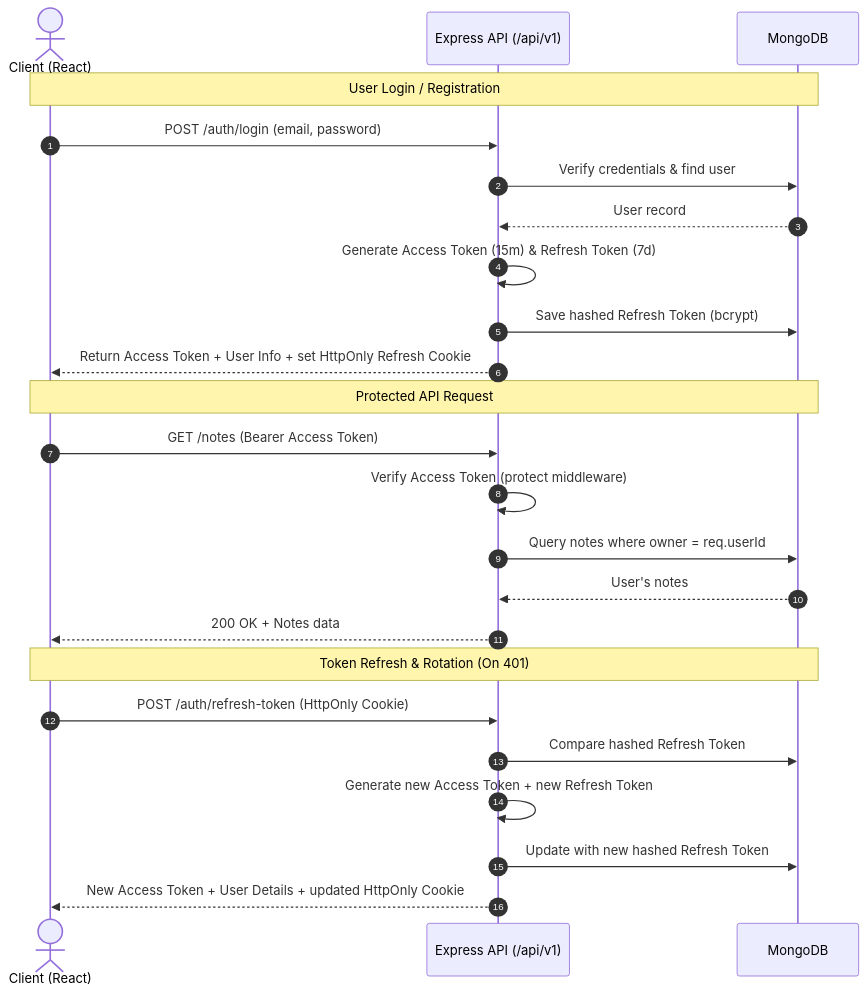
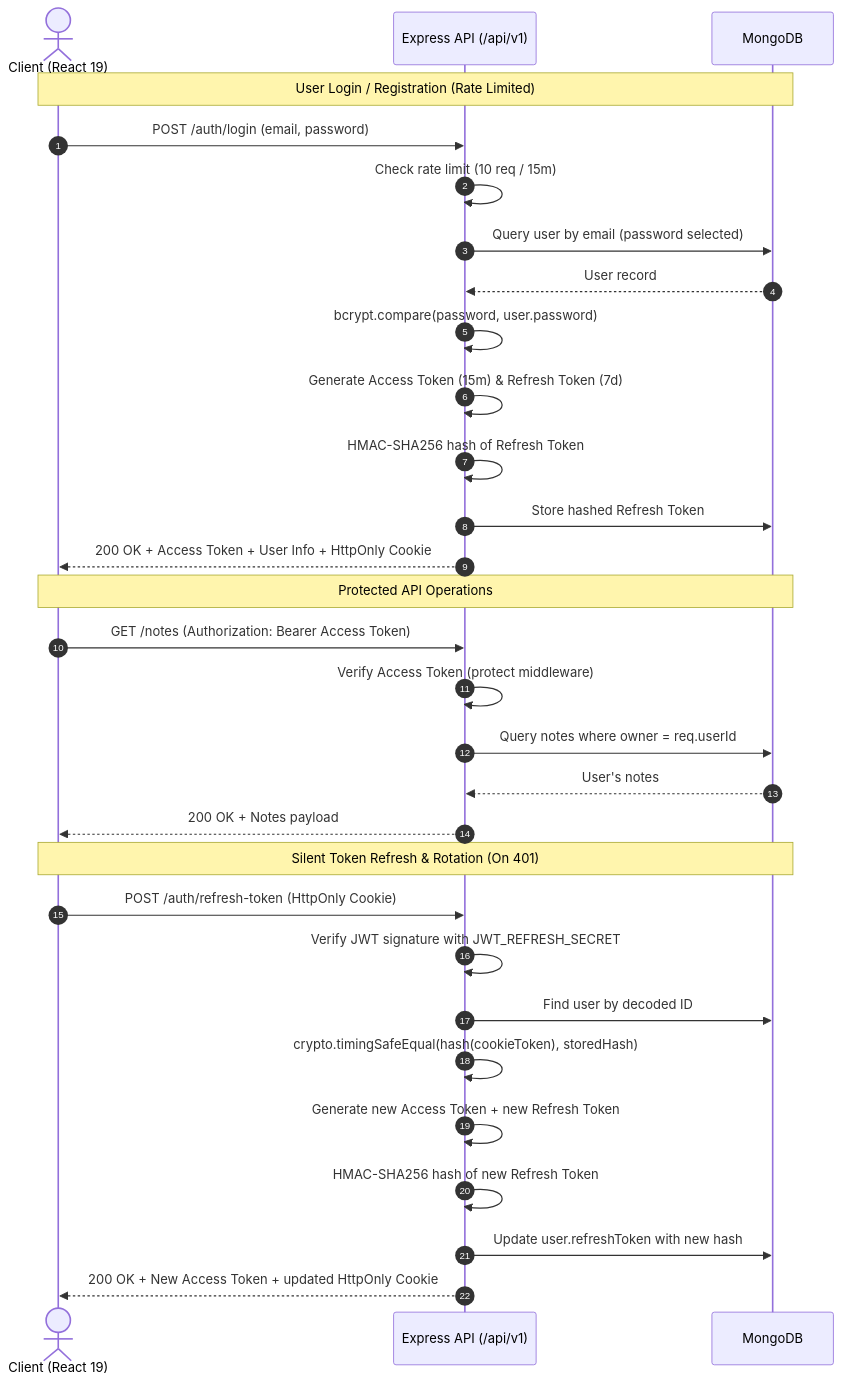
One commit to shivamkumartech/NoteNest changed the diagram in README.md. Above: the diagram before and after it, drawn with Mermaid. The commit also changed other lines of this file and 7 other files, not shown here.

````diff
--- a/README.md
+++ b/README.md
@@ -59,29 +72,35 @@
 ```mermaid
 sequenceDiagram
     autonumber
-    actor User as Client (React)
+    actor User as Client (React 19)
     participant API as Express API (/api/v1)
     participant DB as MongoDB
 
-    Note over User,DB: User Login / Registration
+    Note over User,DB: User Login / Registration (Rate Limited)
     User->>API: POST /auth/login (email, password)
-    API->>DB: Verify credentials & find user
+    API->>API: Check rate limit (10 req / 15m)
+    API->>DB: Query user by email (password selected)
     DB-->>API: User record
+    API->>API: bcrypt.compare(password, user.password)
     API->>API: Generate Access Token (15m) & Refresh Token (7d)
-    API->>DB: Save hashed Refresh Token (bcrypt)
-    API-->>User: Return Access Token + User Info + set HttpOnly Refresh Cookie
+    API->>API: HMAC-SHA256 hash of Refresh Token
+    API->>DB: Store hashed Refresh Token
+    API-->>User: 200 OK + Access Token + User Info + HttpOnly Cookie
 
-    Note over User,DB: Protected API Request
-    User->>API: GET /notes (Bearer Access Token)
+    Note over User,DB: Protected API Operations
+    User->>API: GET /notes (Authorization: Bearer Access Token)
     API->>API: Verify Access Token (protect middleware)
     API->>DB: Query notes where owner = req.userId
     DB-->>API: User's notes
-    API-->>User: 200 OK + Notes data
+    API-->>User: 200 OK + Notes payload
 
-    Note over User,DB: Token Refresh & Rotation (On 401)
+    Note over User,DB: Silent Token Refresh & Rotation (On 401)
     User->>API: POST /auth/refresh-token (HttpOnly Cookie)
-    API->>DB: Compare hashed Refresh Token
+    API->>API: Verify JWT signature with JWT_REFRESH_SECRET
+    API->>DB: Find user by decoded ID
+    API->>API: crypto.timingSafeEqual(hash(cookieToken), storedHash)
     API->>API: Generate new Access Token + new Refresh Token
-    API->>DB: Update with new hashed Refresh Token
-    API-->>User: New Access Token + User Details + updated HttpOnly Cookie
+    API->>API: HMAC-SHA256 hash of new Refresh Token
+    API->>DB: Update user.refreshToken with new hash
+    API-->>User: 200 OK + New Access Token + updated HttpOnly Cookie
 ```
````
